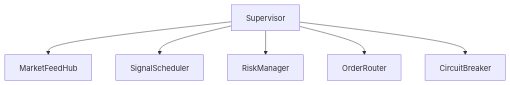
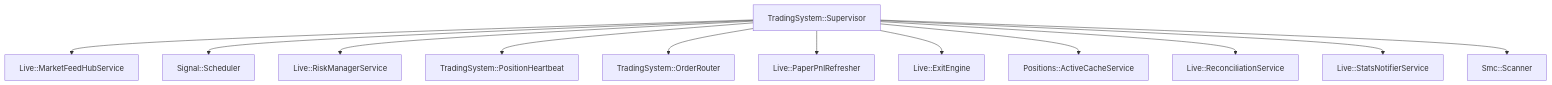
Before and after one commit to shubhamtaywade82/algo_scalper_api: the diagram in docs/architecture/component-map.md, drawn with Mermaid. The commit also changed other lines of this file and 23 other files, not shown here.

````diff
--- a/docs/architecture/component-map.md
+++ b/docs/architecture/component-map.md
@@ -37,8 +128,14 @@
 ```mermaid
 graph TD
-    S[Supervisor] --> MF[MarketFeedHub]
-    S --> SS[SignalScheduler]
-    S --> RM[RiskManager]
-    S --> OR[OrderRouter]
-    S --> CB[CircuitBreaker]
+    S[TradingSystem::Supervisor] --> MF[Live::MarketFeedHubService]
+    S --> SS[Signal::Scheduler]
+    S --> RM[Live::RiskManagerService]
+    S --> PH[TradingSystem::PositionHeartbeat]
+    S --> OR[TradingSystem::OrderRouter]
+    S --> PP[Live::PaperPnlRefresher]
+    S --> EX[Live::ExitEngine]
+    S --> AC[Positions::ActiveCacheService]
+    S --> RC[Live::ReconciliationService]
+    S --> SN[Live::StatsNotifierService]
+    S --> SC[Smc::Scanner]
 ```
````
